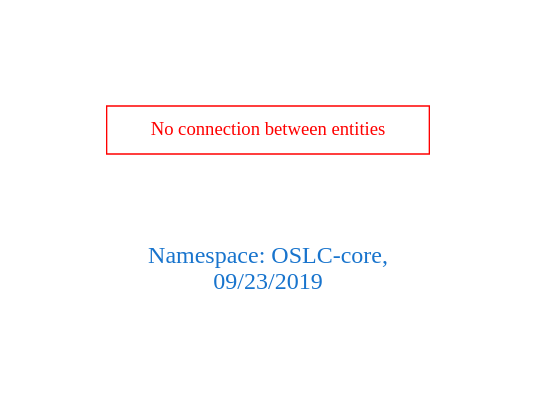
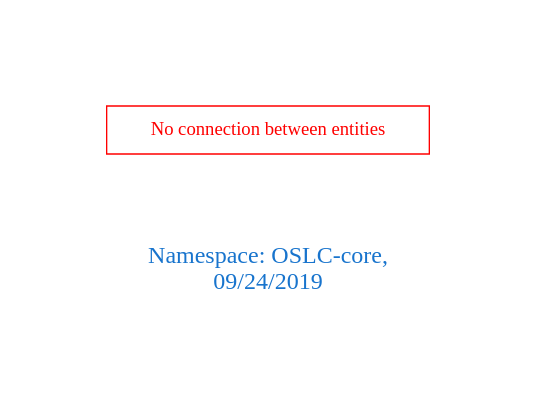
Before and after one commit to arago/OGIT: the diagram in downloads/OSLC-core.dot, drawn with Graphviz. The commit also changed 175 other files, not shown here.

```diff
--- a/downloads/OSLC-core.dot
+++ b/downloads/OSLC-core.dot
@@ -1,9 +1,9 @@
 digraph OGIT_ontology {
  graph [ rankdir= LR,pad=1 
 fontsize = 18,
-fontcolor= dodgerblue3,label = "\n\n\nNamespace: OSLC-core, \n 09/23/2019"];
+fontcolor= dodgerblue3,label = "\n\n\nNamespace: OSLC-core, \n 09/24/2019"];
 node[shape=polygon];
 edge [  color="gray81"];
 
 "No connection between entities" [fontcolor = "red",color="red", shape="polygon"]
 }
```
